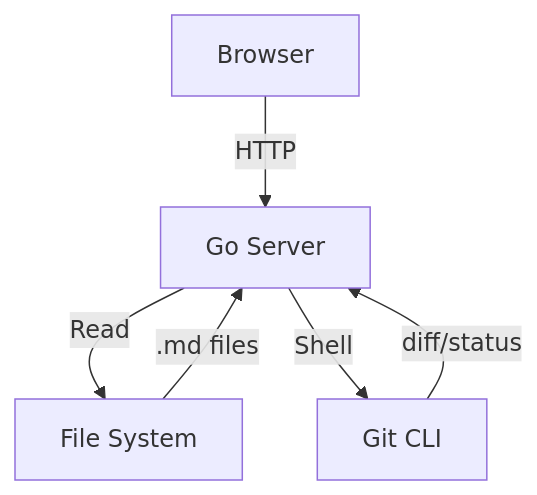
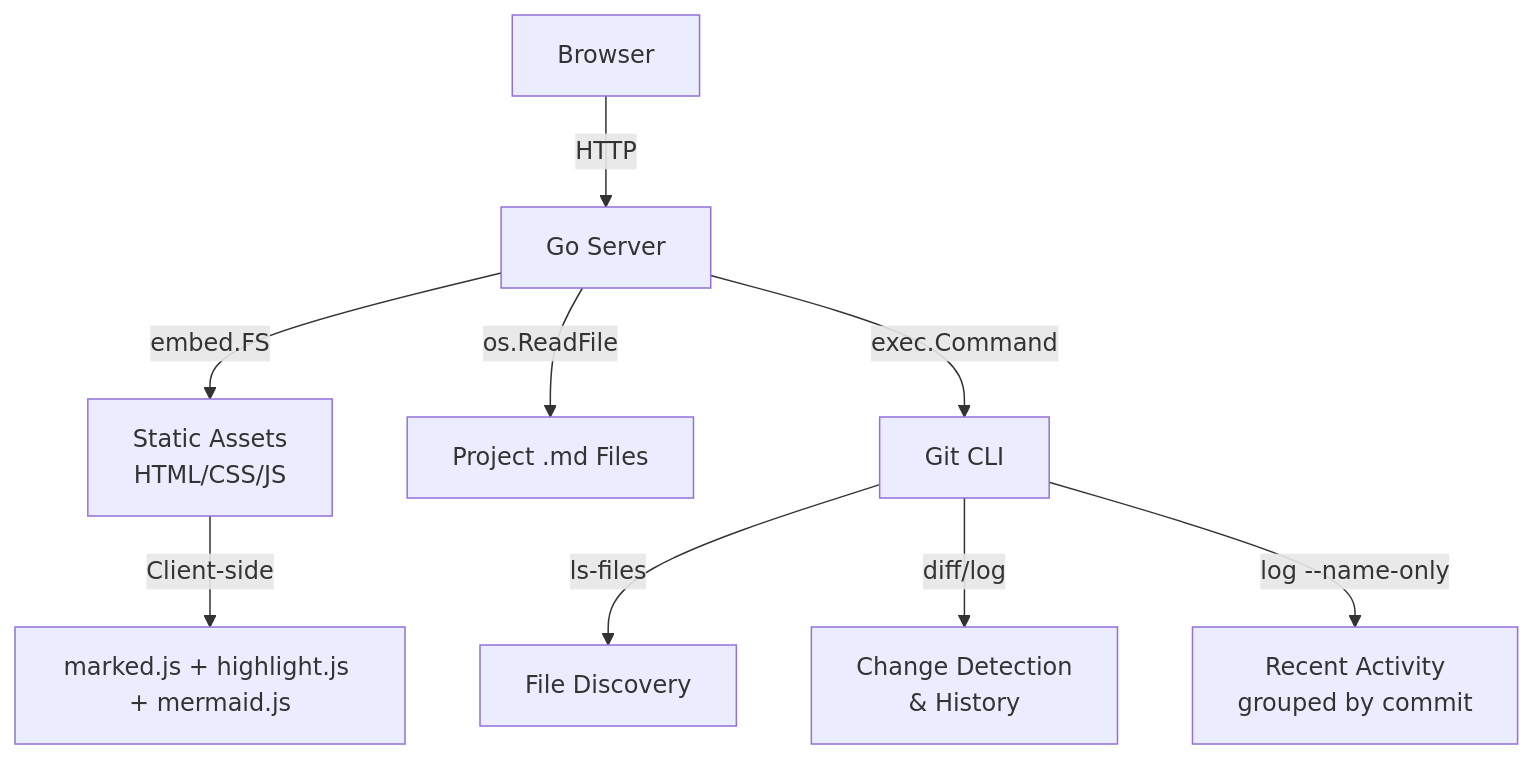
Before and after one commit to komsit37/mds: the diagram in docs/architecture.md, drawn with Mermaid. The commit also changed other lines of this file and 5 other files, not shown here.

First line of the commit message:
add commit-grouped recent activity and update docs

````diff
--- a/docs/architecture.md
+++ b/docs/architecture.md
@@ -7,8 +7,11 @@
 ```mermaid
 graph TD
     A[Browser] -->|HTTP| B[Go Server]
-    B -->|Read| C[File System]
-    B -->|Shell| D[Git CLI]
-    C -->|.md files| B
-    D -->|diff/status| B
+    B -->|embed.FS| C[Static Assets<br>HTML/CSS/JS]
+    B -->|os.ReadFile| D[Project .md Files]
+    B -->|exec.Command| E[Git CLI]
+    E -->|ls-files| F[File Discovery]
+    E -->|diff/log| G[Change Detection<br>& History]
+    E -->|log --name-only| H[Recent Activity<br>grouped by commit]
+    C -->|Client-side| I[marked.js + highlight.js + mermaid.js]
 ```
````
